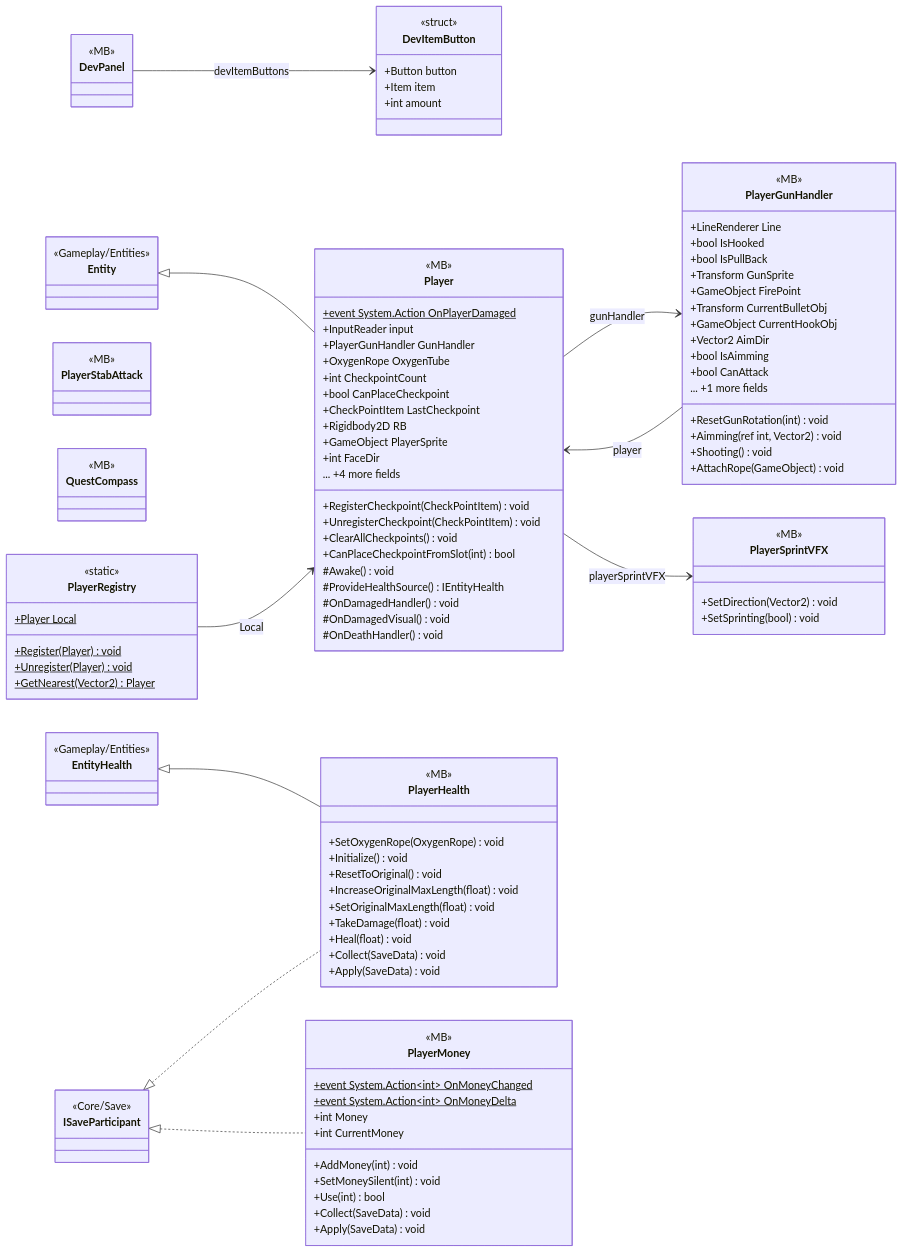
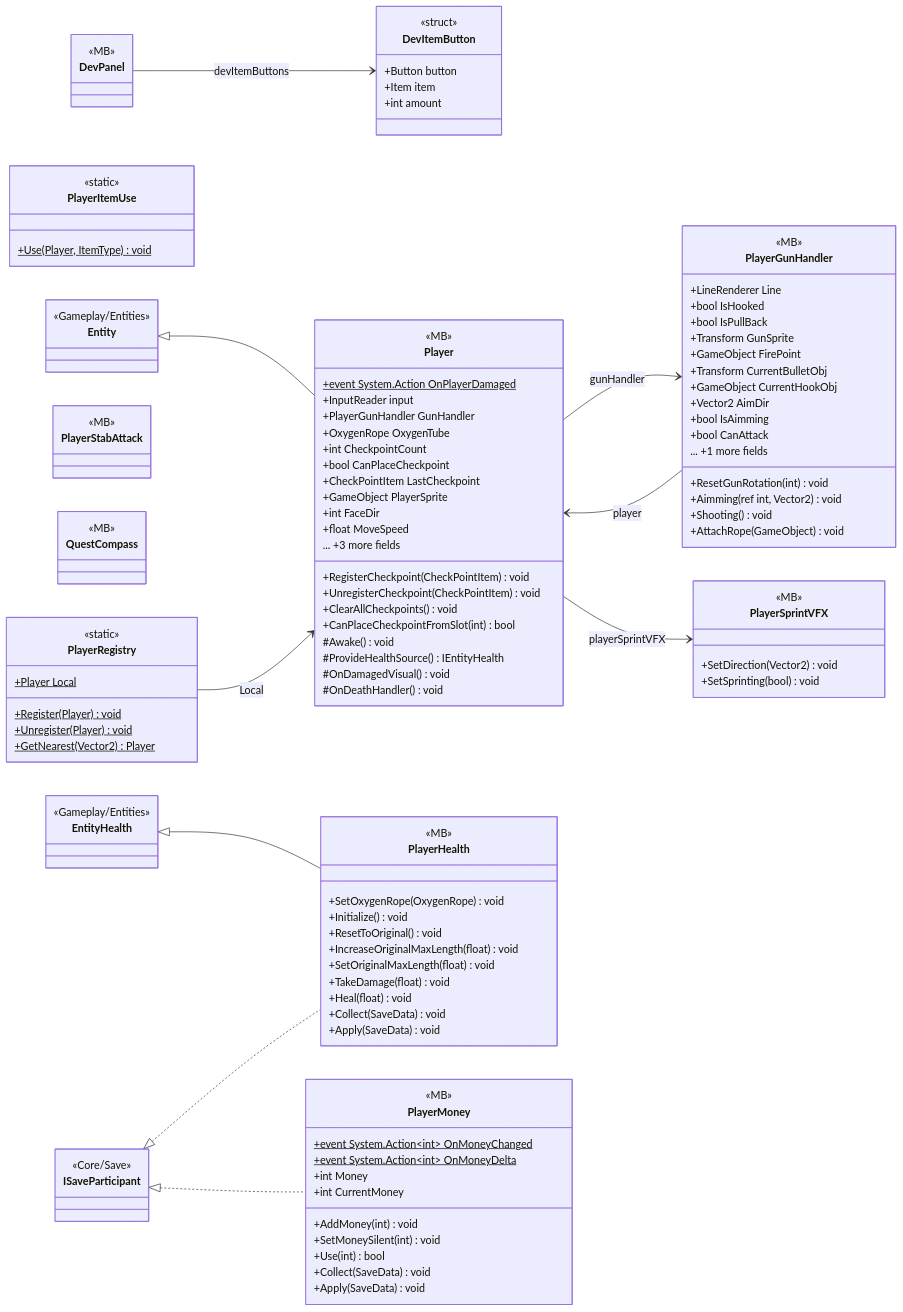
Before and after one commit to PhumipatWave/project-ocean: the diagram in docs/uml/modules/Gameplay_Entities_Players.md, drawn with Mermaid. The commit also changed other lines of this file and 80 other files, not shown here.

```diff
--- a/docs/uml/modules/Gameplay_Entities_Players.md
+++ b/docs/uml/modules/Gameplay_Entities_Players.md
@@ -25,17 +25,16 @@
     +int CheckpointCount
     +bool CanPlaceCheckpoint
     +CheckPointItem LastCheckpoint
-    +Rigidbody2D RB
     +GameObject PlayerSprite
     +int FaceDir
-    ... +4 more fields
+    +float MoveSpeed
+    ... +3 more fields
     +RegisterCheckpoint(CheckPointItem) void
     +UnregisterCheckpoint(CheckPointItem) void
     +ClearAllCheckpoints() void
     +CanPlaceCheckpointFromSlot(int) bool
     #Awake() void
     #ProvideHealthSource() IEntityHealth
-    #OnDamagedHandler() void
     #OnDamagedVisual() void
     #OnDeathHandler() void
   }
@@ -68,6 +67,10 @@
     +Heal(float) void
     +Collect(SaveData) void
     +Apply(SaveData) void
+  }
+  class PlayerItemUse {
+    <<static>>
+    +Use(Player, ItemType)$ void
   }
   class PlayerMoney {
     <<MB>>
```
